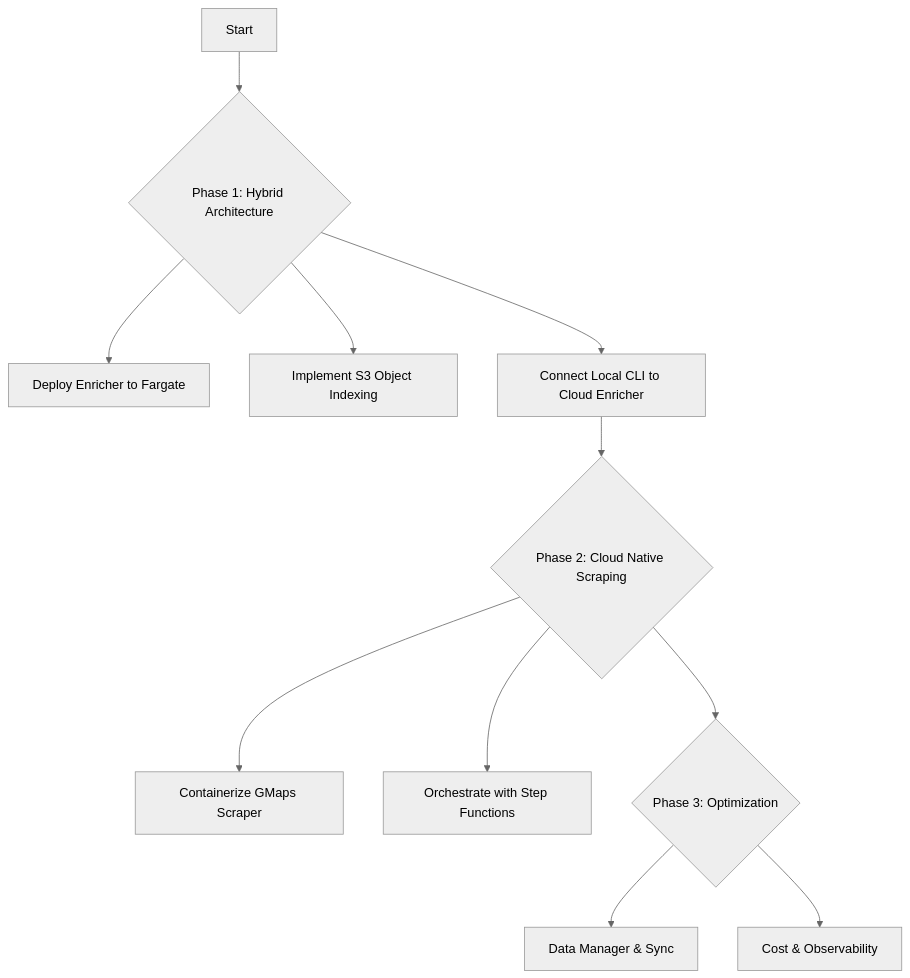
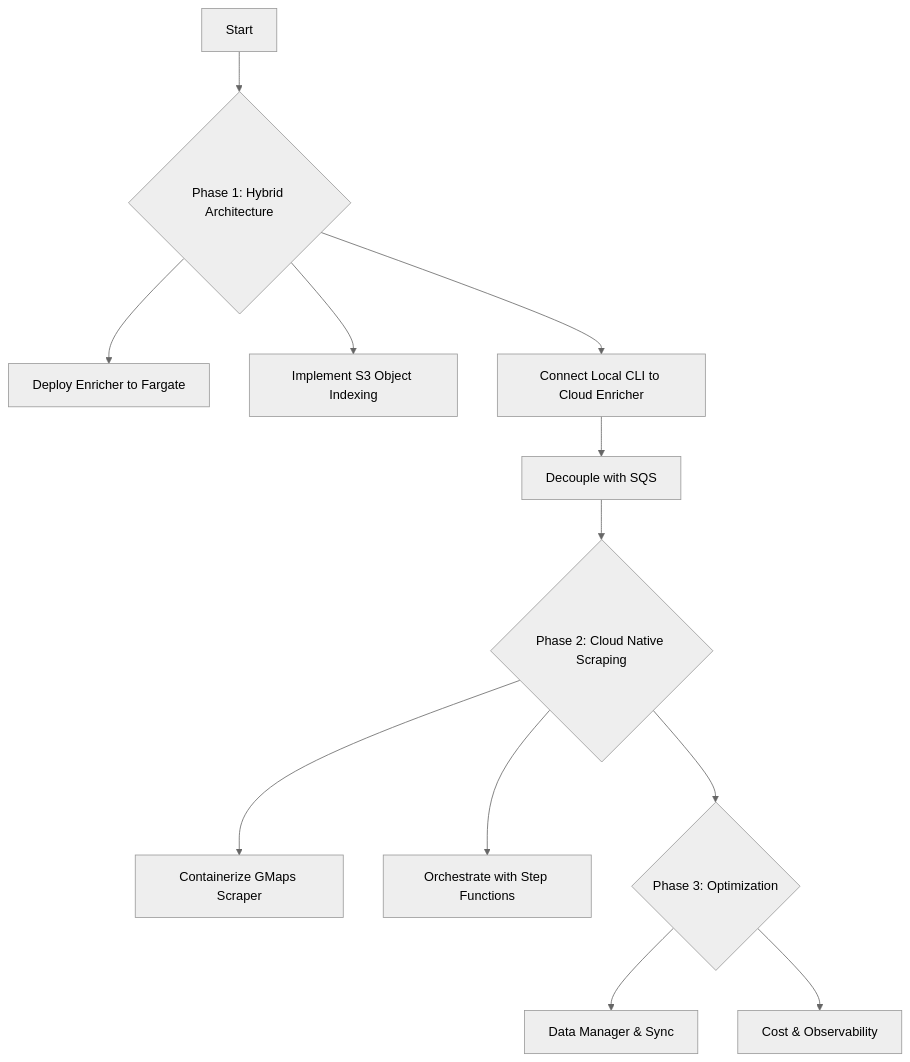
Before and after one commit to bizkite-co/cocli: the diagram in plan.md, drawn with Mermaid (neutral theme). The commit also changed other lines of this file and 9 other files, not shown here.

First line of the commit message:
feat: Complete Hybrid Cloud ETL Phase & Enhance Resilience

````diff
--- a/plan.md
+++ b/plan.md
@@ -51,15 +55,16 @@
 ```mermaid
 graph TD
     A[Start] --> B{Phase 1: Hybrid Architecture};
     B --> B1[Deploy Enricher to Fargate];
     B --> B2[Implement S3 Object Indexing];
     B --> B3[Connect Local CLI to Cloud Enricher];
+    B3 --> B4[Decouple with SQS];
 
-    B3 --> C{Phase 2: Cloud Native Scraping};
+    B4 --> C{Phase 2: Cloud Native Scraping};
     C --> C1[Containerize GMaps Scraper];
     C --> C2[Orchestrate with Step Functions];
 
     C --> D{Phase 3: Optimization};
     D --> D1[Data Manager & Sync];
     D --> D2[Cost & Observability];
 ```
````
